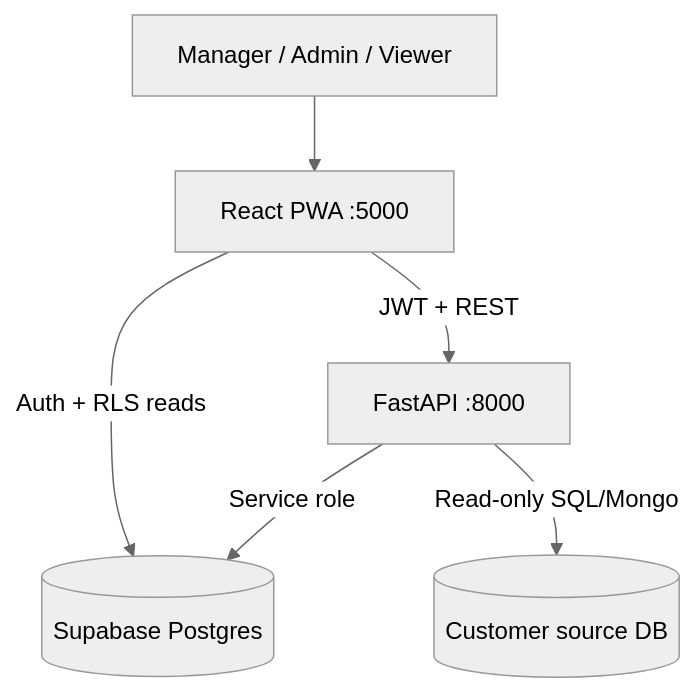
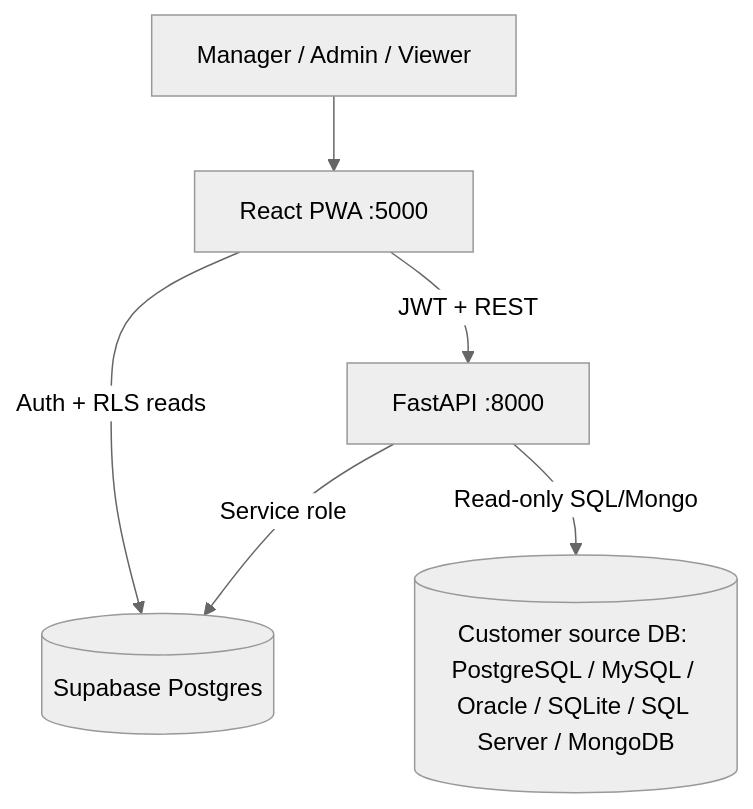
One commit to Ellen2005/SAAS changed the first of 7 diagrams in docs/ARCHITECTURE_UML.md. Above: the diagram before and after it, drawn with Mermaid (neutral theme). The commit also changed 15 other files, not shown here.

````diff
--- a/docs/ARCHITECTURE_UML.md
+++ b/docs/ARCHITECTURE_UML.md
@@ -5,14 +5,14 @@
 ```mermaid
 flowchart TB
   User[Manager / Admin / Viewer]
   PWA[React PWA :5000]
   API[FastAPI :8000]
   SB[(Supabase Postgres)]
   SRC[(Customer source DB)]
 
   User --> PWA
   PWA -->|JWT + REST| API
   PWA -->|Auth + RLS reads| SB
   API -->|Service role| SB
-  API -->|Read-only SQL/Mongo| SRC
+  API -->|Read-only SQL/Mongo| SRC[(Customer source DB: PostgreSQL / MySQL / Oracle / SQLite / SQL Server / MongoDB)]
 ```
````
